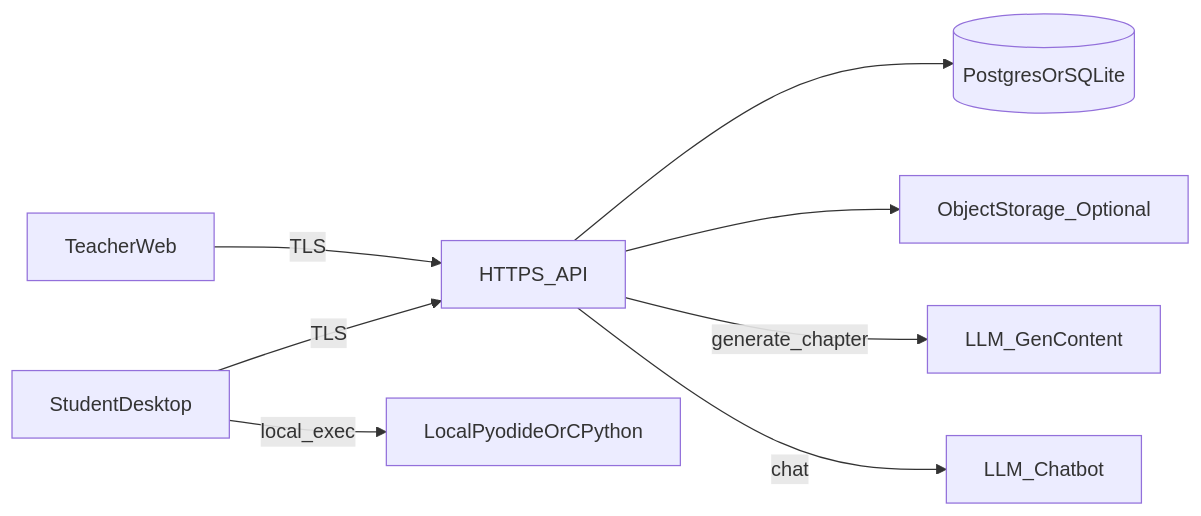
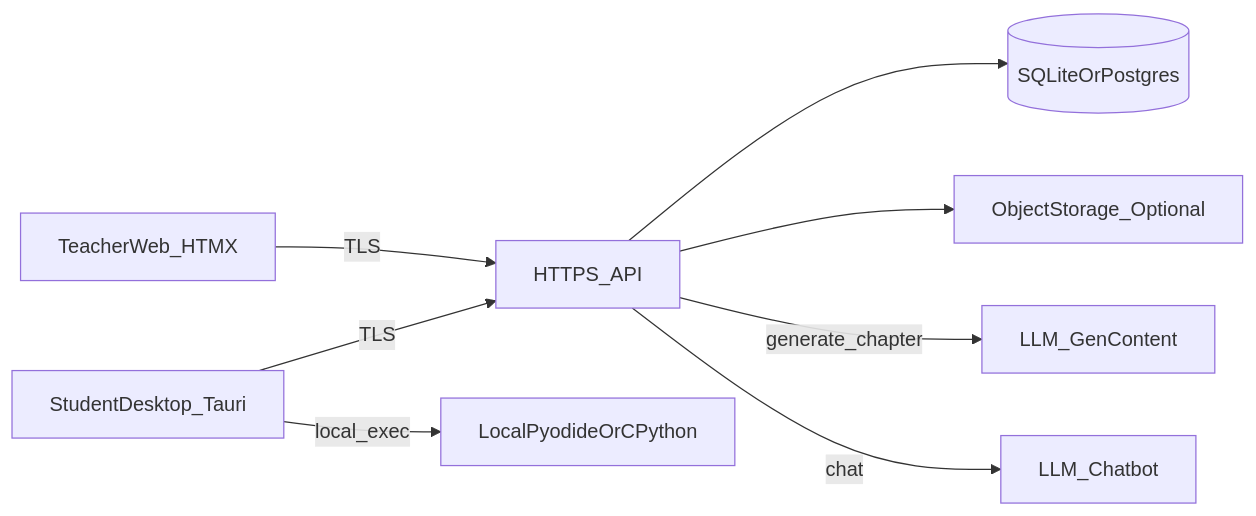
The diagram in docs/superpowers/specs/2026-04-23-ai-python-teaching-system-design.md (bujiuhong6/digital-course), drawn with Mermaid before and after one commit. The commit also changed other lines of this file and 1 other file, not shown here.

Commit message:
docs: align implementation plan with SQLite, HTMX, Caddy; finalize design spec edits

````diff
--- a/docs/superpowers/specs/2026-04-23-ai-python-teaching-system-design.md
+++ b/docs/superpowers/specs/2026-04-23-ai-python-teaching-system-design.md
@@ -21,17 +31,17 @@
 ```mermaid
 flowchart LR
-  studentApp[StudentDesktop]
-  teacherWeb[TeacherWeb]
+  studentApp[StudentDesktop_Tauri]
+  teacherWeb[TeacherWeb_HTMX]
   api[HTTPS_API]
-  db[(PostgresOrSQLite)]
+  db[(SQLiteOrPostgres)]
   objectStore[ObjectStorage_Optional]
   llmGen[LLM_GenContent]
   llmChat[LLM_Chatbot]
   studentApp -->|TLS| api
   teacherWeb -->|TLS| api
   api --> db
   api --> objectStore
   api -->|generate_chapter| llmGen
   api -->|chat| llmChat
   studentApp -->|local_exec| localPy[LocalPyodideOrCPython]
 ```
````
